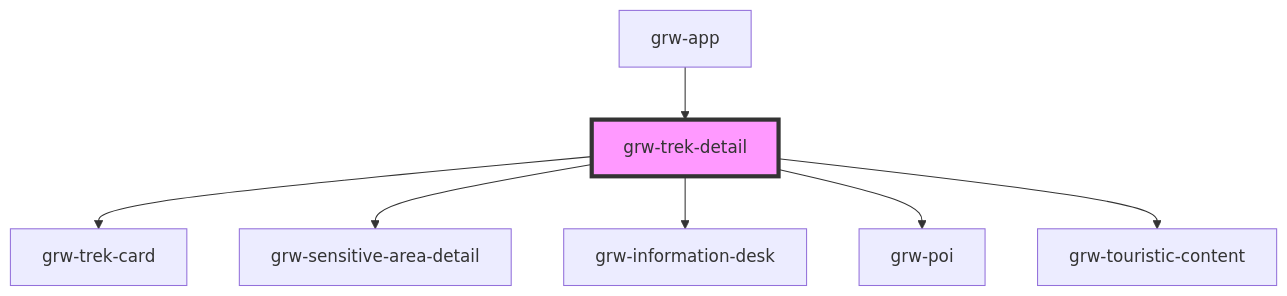
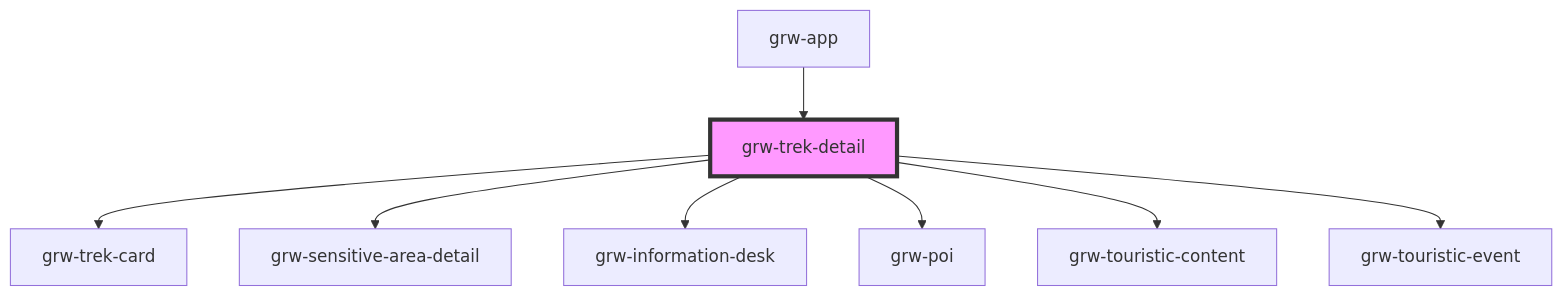
One commit to GeotrekCE/Geotrek-rando-widget changed the diagram in src/components/grw-trek-detail/readme.md. Above: the diagram before and after it, drawn with Mermaid. The commit also changed other lines of this file and 20 other files, not shown here.

Commit message:
add touristic event

````diff
--- a/src/components/grw-trek-detail/readme.md
+++ b/src/components/grw-trek-detail/readme.md
@@ -53,10 +54,11 @@
 ```mermaid
 graph TD;
   grw-trek-detail --> grw-trek-card
   grw-trek-detail --> grw-sensitive-area-detail
   grw-trek-detail --> grw-information-desk
   grw-trek-detail --> grw-poi
   grw-trek-detail --> grw-touristic-content
+  grw-trek-detail --> grw-touristic-event
   grw-app --> grw-trek-detail
   style grw-trek-detail fill:#f9f,stroke:#333,stroke-width:4px
 ```
````
